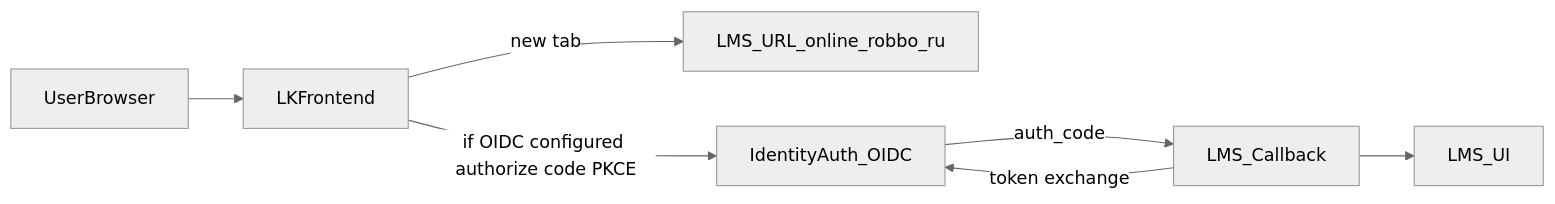
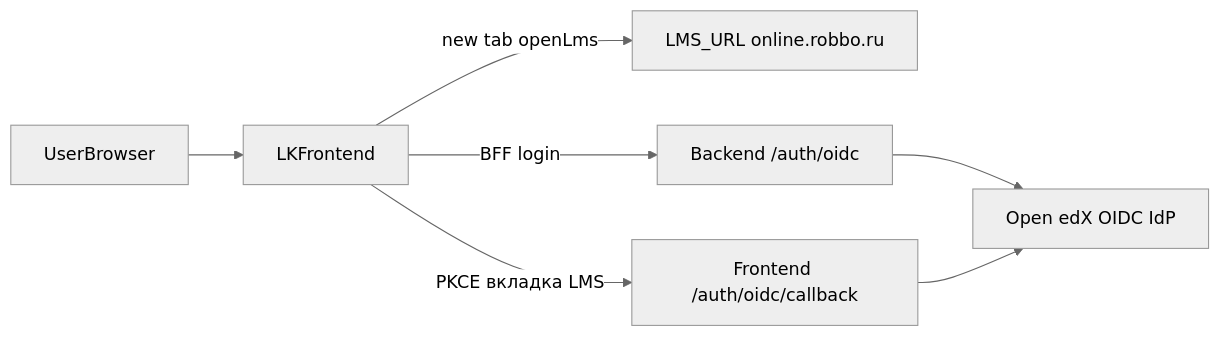
Before and after one commit to gamr416/robbo_personal_account: the third of 3 diagrams in architecture/ARCHITECTURE.md, drawn with Mermaid (neutral theme). The commit also changed other lines of this file and 4 other files, not shown here.

````diff
--- a/architecture/ARCHITECTURE.md
+++ b/architecture/ARCHITECTURE.md
@@ -49,9 +52,9 @@
 ```mermaid
 flowchart LR
   user[UserBrowser] --> lk[LKFrontend]
-  lk -->|new tab| lmsUrl[LMS_URL_online_robbo_ru]
-  lk -->|if OIDC configured authorize code PKCE| idp[IdentityAuth_OIDC]
-  idp -->|auth_code| lmsCb[LMS_Callback]
-  lmsCb -->|token exchange| idp
-  lmsCb --> lmsUi[LMS_UI]
+  lk -->|new tab openLms| lmsUrl[LMS_URL online.robbo.ru]
+  lk -->|BFF login| beOidc[Backend /auth/oidc]
+  beOidc --> idp[Open edX OIDC IdP]
+  lk -->|PKCE вкладка LMS| feCb[Frontend /auth/oidc/callback]
+  feCb --> idp
 ```
````
